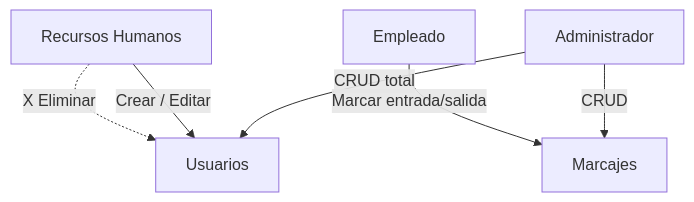
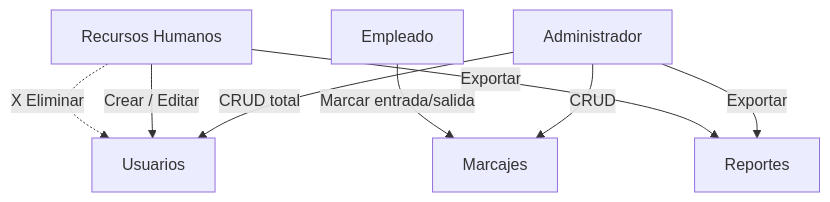
One commit to nandres/sistema-marcacion-empresarial changed the diagram in Sistema de Marcacion/Control de Roles y Permisos RBAC.md. Above: the diagram before and after it, drawn with Mermaid. The commit also changed other lines of this file, not shown here.

Commit message:
docs(rbac): nota Control de Roles y Permisos con diagrama Mermaid, matriz y bloque de código del decorador

````diff
--- a/Sistema de Marcacion/Control de Roles y Permisos RBAC.md
+++ b/Sistema de Marcacion/Control de Roles y Permisos RBAC.md
@@ -15,8 +15,10 @@
 ```mermaid
 flowchart TD
     A[Administrador] -->|CRUD total| U[Usuarios]
     A -->|CRUD| M[Marcajes]
-    R[Recursos Humanos] -->|Crear / Editar| U
-    R -.->|X Eliminar| U
+    A -->|Exportar| R[Reportes]
+    RH[Recursos Humanos] -->|Crear / Editar| U
+    RH -.->|X Eliminar| U
+    RH -->|Exportar| R
     E[Empleado] -->|Marcar entrada/salida| M
 ```
````
